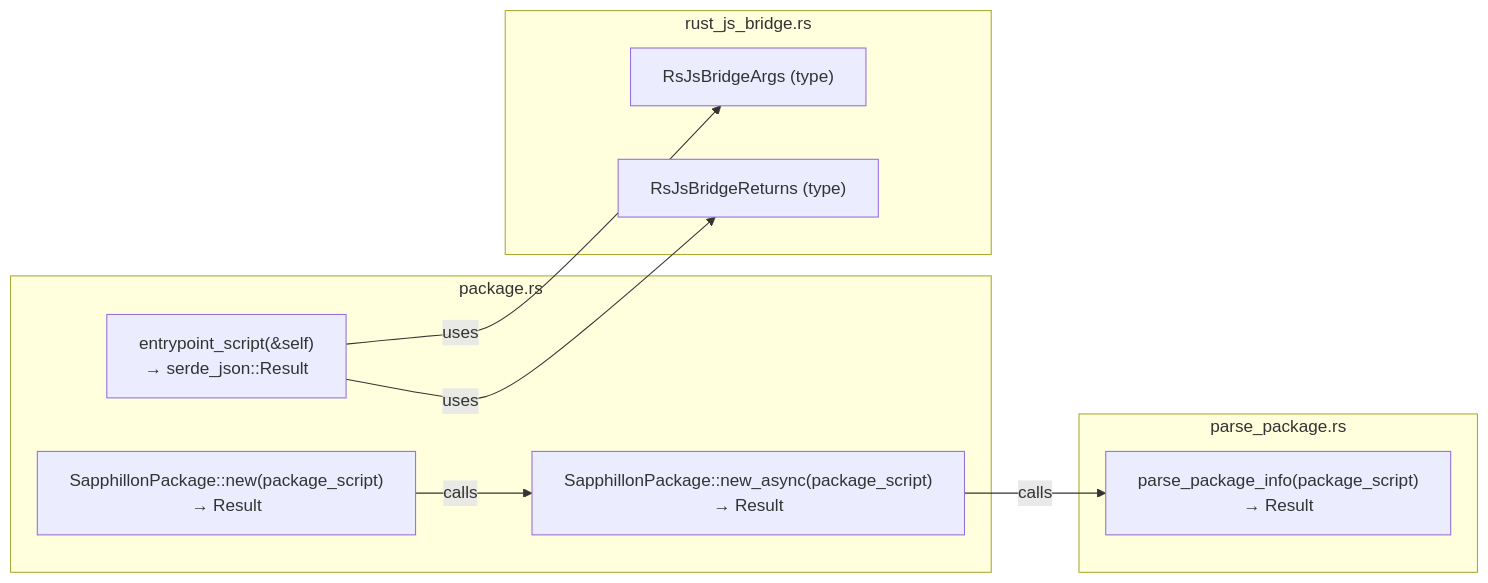
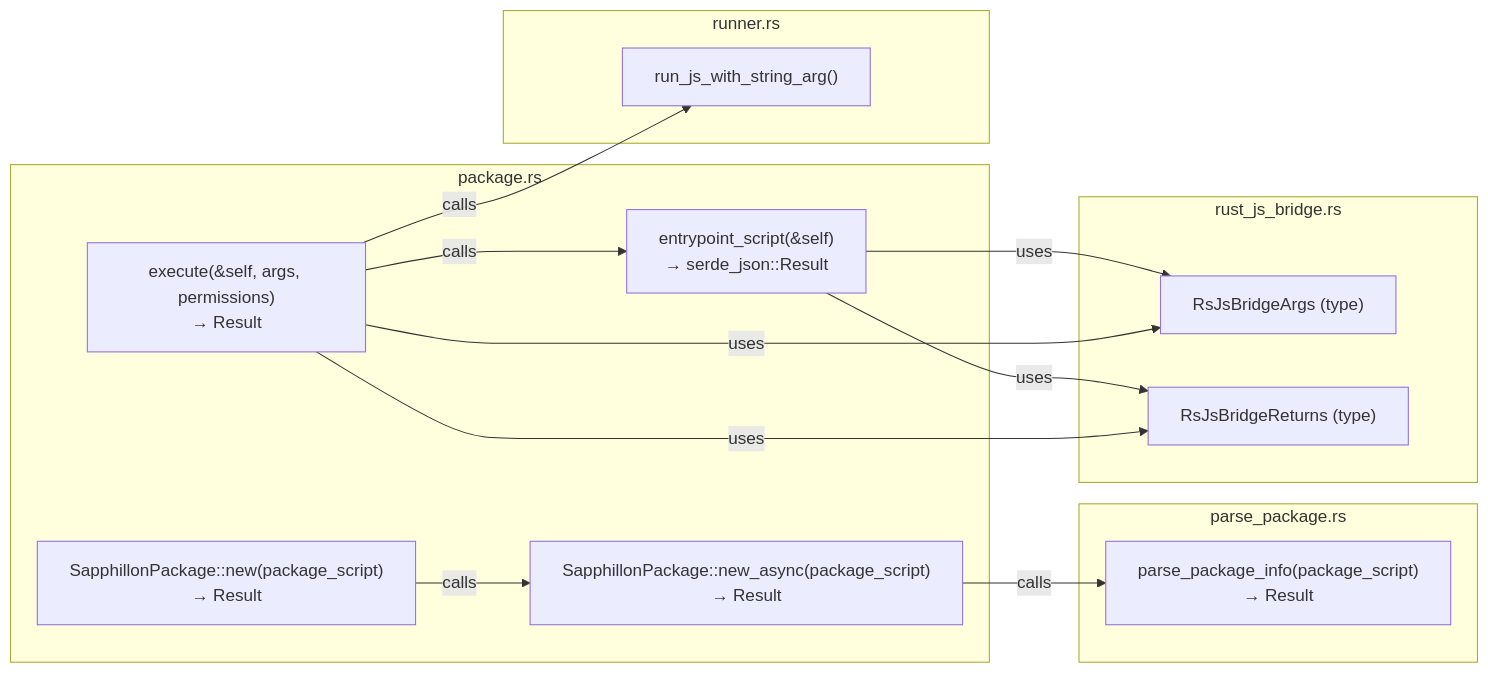
One commit to Sapphillon/Sapphillon-Core changed the tenth of 13 diagrams in ext_plugin_call_stack.md. Above: the diagram before and after it, drawn with Mermaid. The commit also changed other lines of this file, not shown here.

Commit message:
feat: enhance documentation for SapphillonPackage::execute function and its call stack

````diff
--- a/ext_plugin_call_stack.md
+++ b/ext_plugin_call_stack.md
@@ -363,22 +414,31 @@
 ```mermaid
 graph LR
     subgraph "package.rs"
         SapphillonPackage_new["SapphillonPackage::new(package_script)\n→ Result<SapphillonPackage>"]
         SapphillonPackage_new_async["SapphillonPackage::new_async(package_script)\n→ Result<SapphillonPackage>"]
         entrypoint_script["entrypoint_script(&self)\n→ serde_json::Result<String>"]
+        execute["execute(&self, args, permissions)\n→ Result<RsJsBridgeReturns>"]
     end
 
     subgraph "parse_package.rs"
         parse_package_info["parse_package_info(package_script)\n→ Result<SapphillonPackage>"]
+    end
+
+    subgraph "runner.rs"
+        run_js_with_string_arg["run_js_with_string_arg()"]
     end
 
     subgraph "rust_js_bridge.rs"
         RsJsBridgeArgs["RsJsBridgeArgs (type)"]
         RsJsBridgeReturns["RsJsBridgeReturns (type)"]
     end
 
     SapphillonPackage_new -->|"calls"| SapphillonPackage_new_async
     SapphillonPackage_new_async -->|"calls"| parse_package_info
     entrypoint_script -->|"uses"| RsJsBridgeArgs
     entrypoint_script -->|"uses"| RsJsBridgeReturns
+    execute -->|"calls"| entrypoint_script
+    execute -->|"calls"| run_js_with_string_arg
+    execute -->|"uses"| RsJsBridgeArgs
+    execute -->|"uses"| RsJsBridgeReturns
 ```
````
